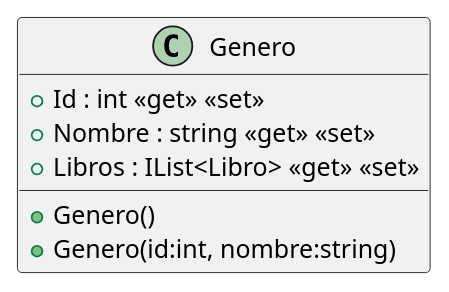
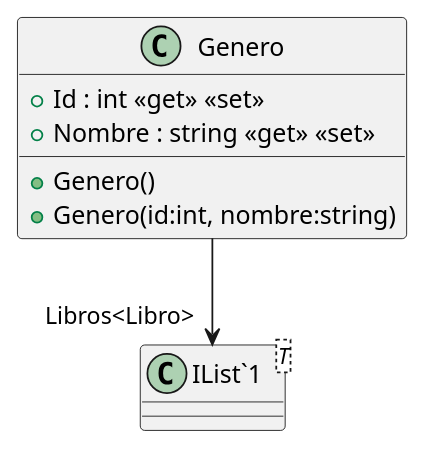
The diagram in src/AppForSEII.API/ClassDiagram/Genero.puml (ISII2627LosGremlins/ISII2627LosGremlins), drawn with PlantUML before and after one commit. The commit also changed 17 other files, not shown here.

```diff
--- a/src/AppForSEII.API/ClassDiagram/Genero.puml
+++ b/src/AppForSEII.API/ClassDiagram/Genero.puml
@@ -1,9 +1,11 @@
 @startuml
 class Genero {
     + Genero()
     + Genero(id:int, nombre:string)
     + Id : int <<get>> <<set>>
     + Nombre : string <<get>> <<set>>
-    + Libros : IList<Libro> <<get>> <<set>>
 }
+class "IList`1"<T> {
+}
+Genero --> "Libros<Libro>" "IList`1"
 @enduml
```
